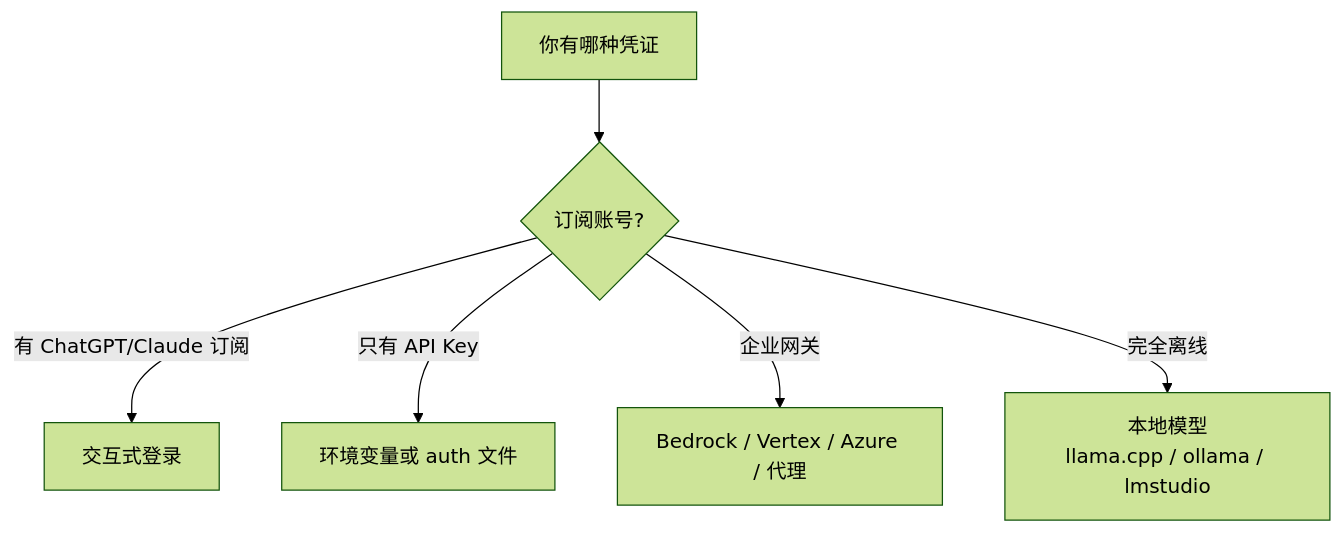
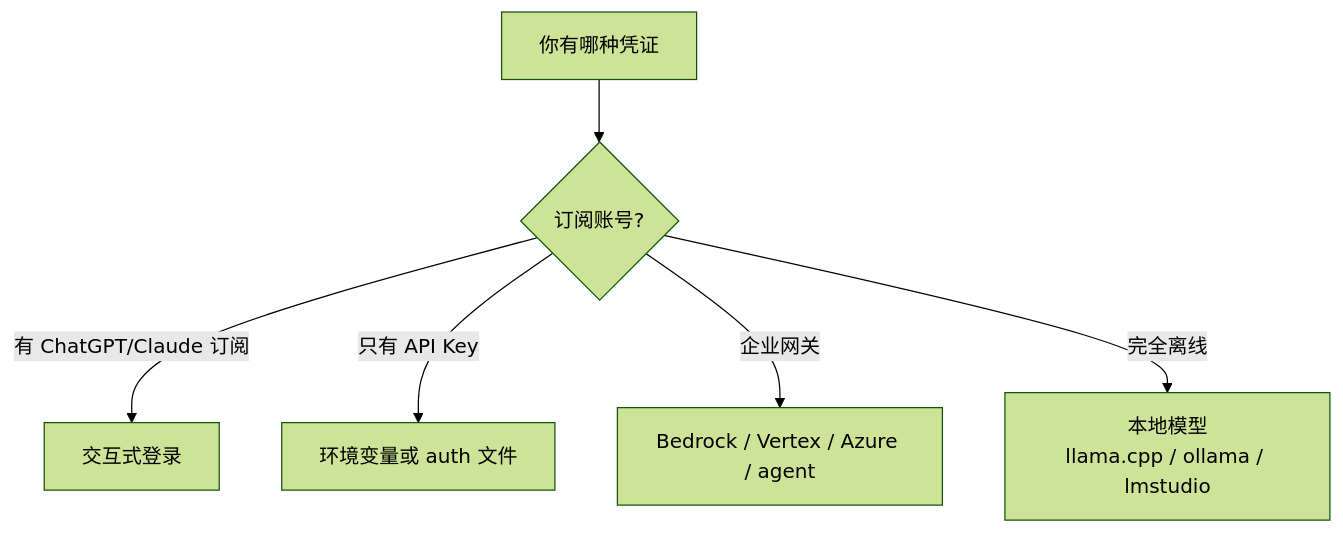
Before and after one commit to fxjs/ai-coding-agents-book: the diagram in book/02-install.md, drawn with Mermaid (forest theme). The commit also changed other lines of this file and 29 other files, not shown here.

````diff
--- a/book/02-install.md
+++ b/book/02-install.md
@@ -80,8 +80,8 @@
 ```mermaid
 flowchart TD
   A[你有哪种凭证] --> B{订阅账号?}
   B -->|有 ChatGPT/Claude 订阅| C[交互式登录]
   B -->|只有 API Key| D[环境变量或 auth 文件]
-  B -->|企业网关| E[Bedrock / Vertex / Azure / 代理]
+  B -->|企业网关| E[Bedrock / Vertex / Azure / agent]
   B -->|完全离线| F[本地模型<br/>llama.cpp / ollama / lmstudio]
 ```
````
